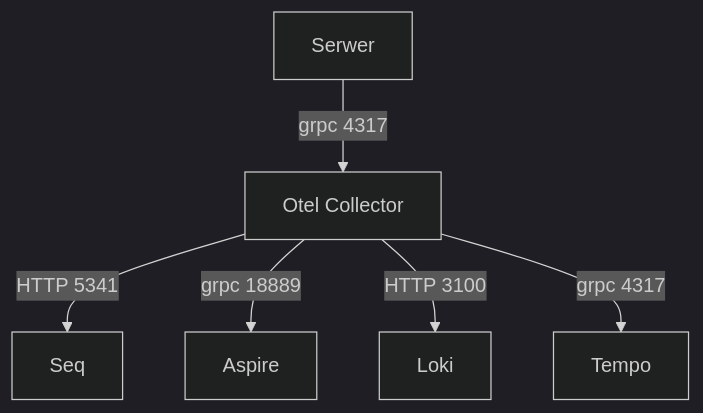
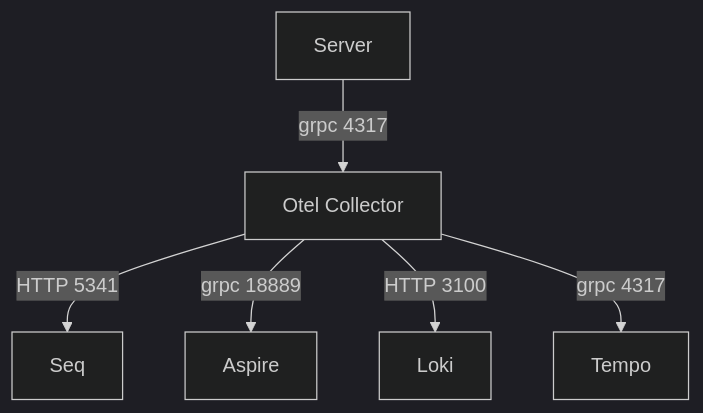
One commit to mojski/otello changed the diagram in README.md. Above: the diagram before and after it, drawn with Mermaid (dark theme).

````diff
--- a/README.md
+++ b/README.md
@@ -5,13 +5,13 @@
 ```mermaid
 graph TD
-    Serwer["Serwer"] --"grpc 4317"--> OTEL["Otel Collector"]
+    Serwer["Server"] --"grpc 4317"--> OTEL["Otel Collector"]
     OTEL --"HTTP 5341"--> Seq
     OTEL --"grpc 18889"--> Aspire
     OTEL --"HTTP 3100"--> node_1
     OTEL --"grpc 4317"--> node_2
 
     node_1["Loki"]
     node_2["Tempo"]
     Seq["Seq"]
     Aspire["Aspire"]
 ```
````
